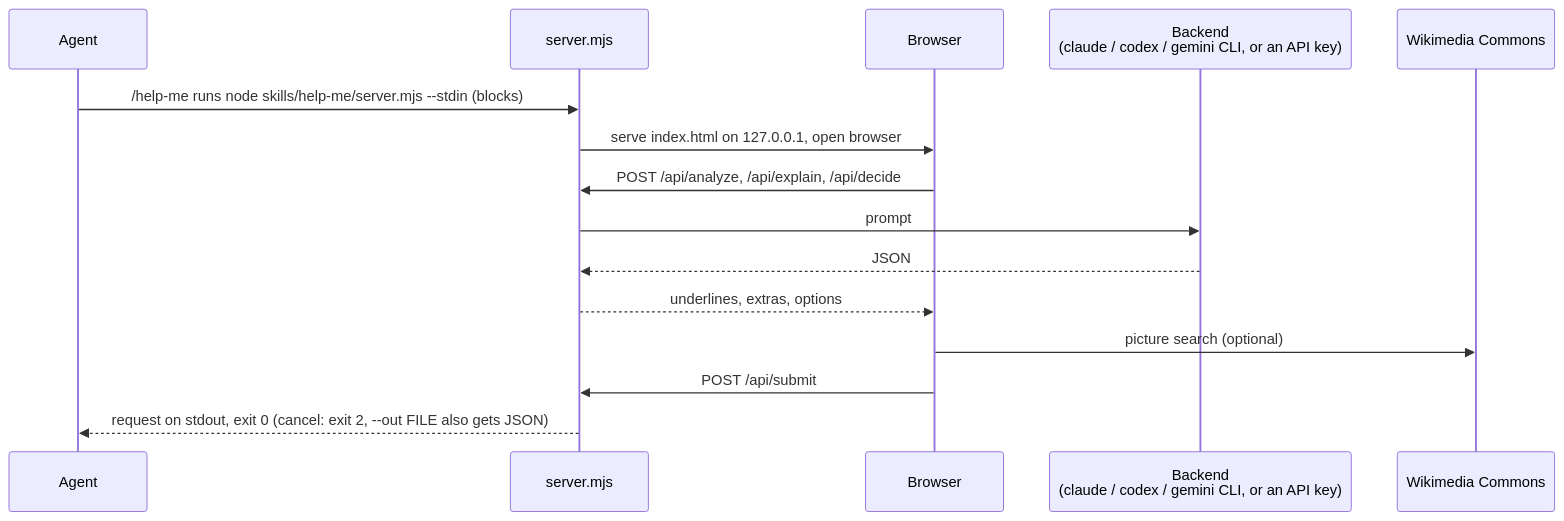
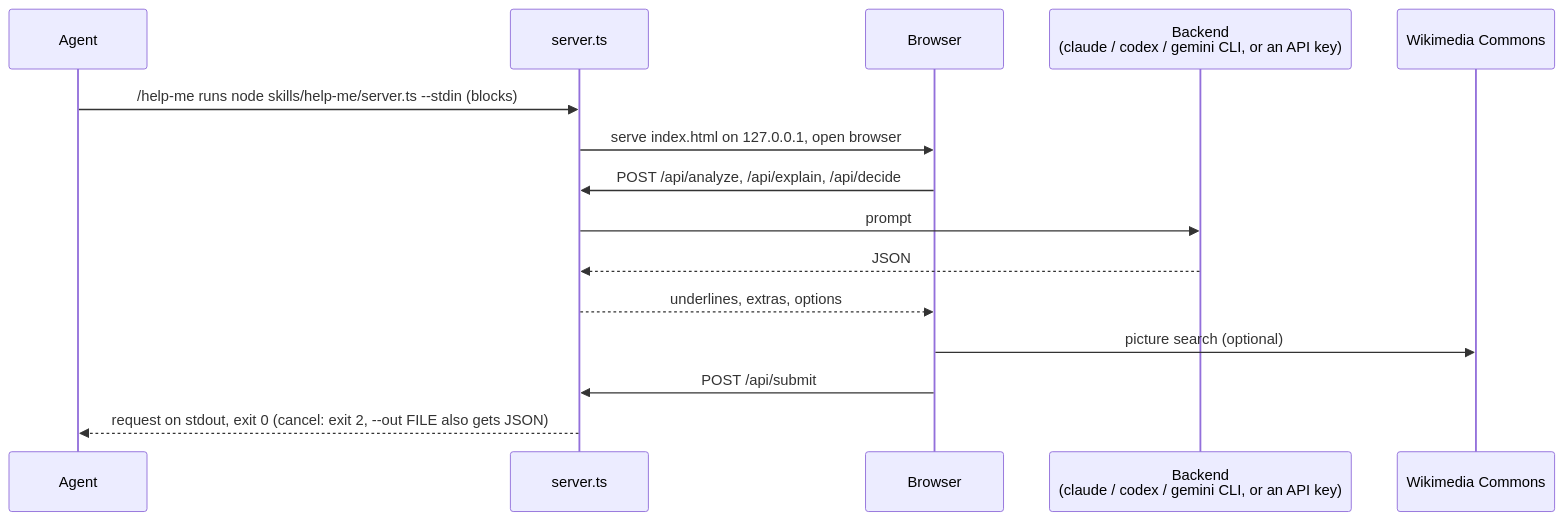
The diagram in README.md (baggiponte/chartroom), drawn with Mermaid before and after one commit. The commit also changed other lines of this file and 2 other files, not shown here.

First line of the commit message:
docs: run the .ts files and ask for Node 22.18+

````diff
--- a/README.md
+++ b/README.md
@@ -113,17 +113,17 @@
 ```mermaid
 sequenceDiagram
     participant A as Agent
-    participant S as server.mjs
+    participant S as server.ts
     participant B as Browser
     participant M as Backend<br/>(claude / codex / gemini CLI, or an API key)
     participant W as Wikimedia Commons
-    A->>S: /help-me runs node skills/help-me/server.mjs --stdin (blocks)
+    A->>S: /help-me runs node skills/help-me/server.ts --stdin (blocks)
     S->>B: serve index.html on 127.0.0.1, open browser
     B->>S: POST /api/analyze, /api/explain, /api/decide
     S->>M: prompt
     M-->>S: JSON
     S-->>B: underlines, extras, options
     B->>W: picture search (optional)
     B->>S: POST /api/submit
     S-->>A: request on stdout, exit 0 (cancel: exit 2, --out FILE also gets JSON)
 ```
````
